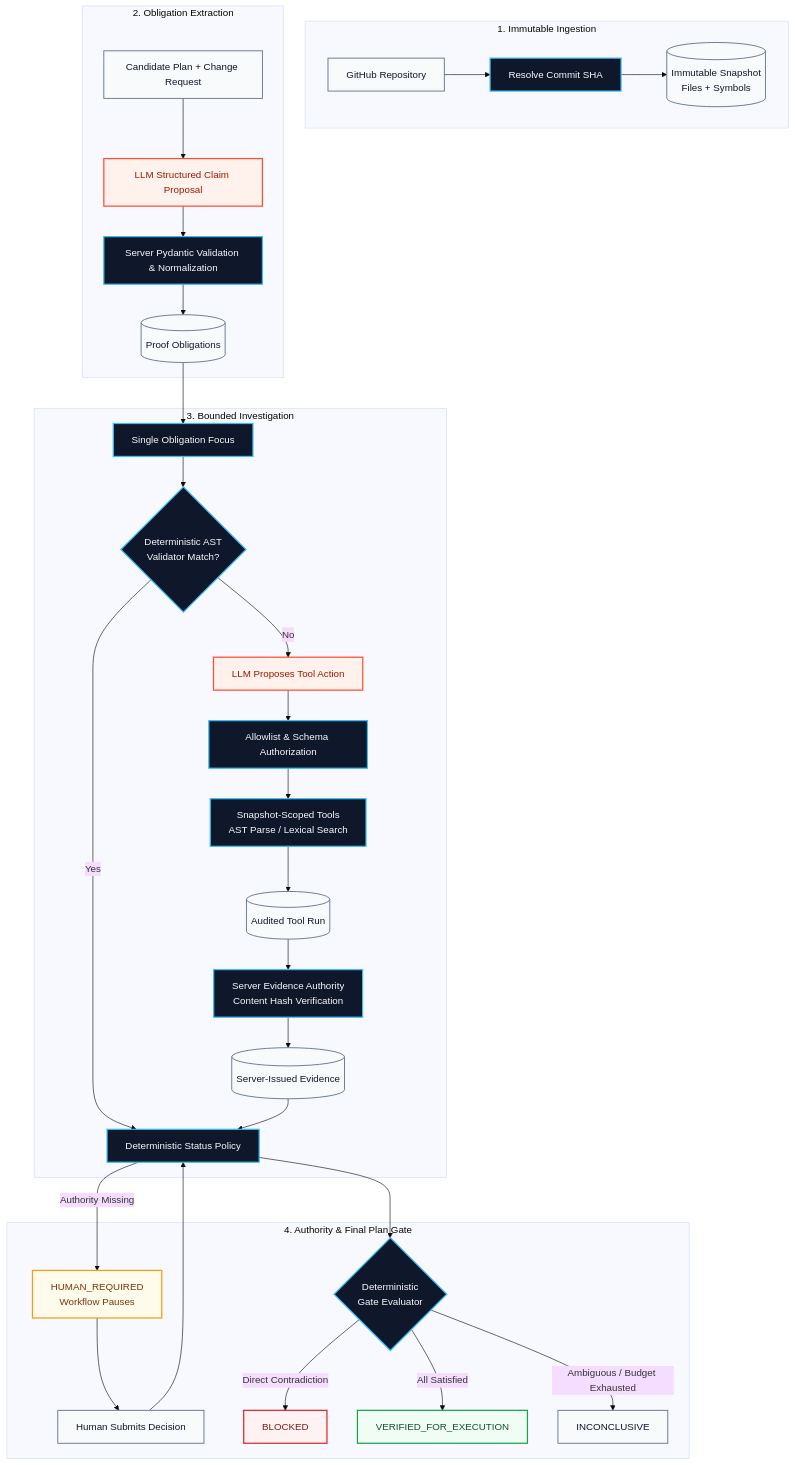
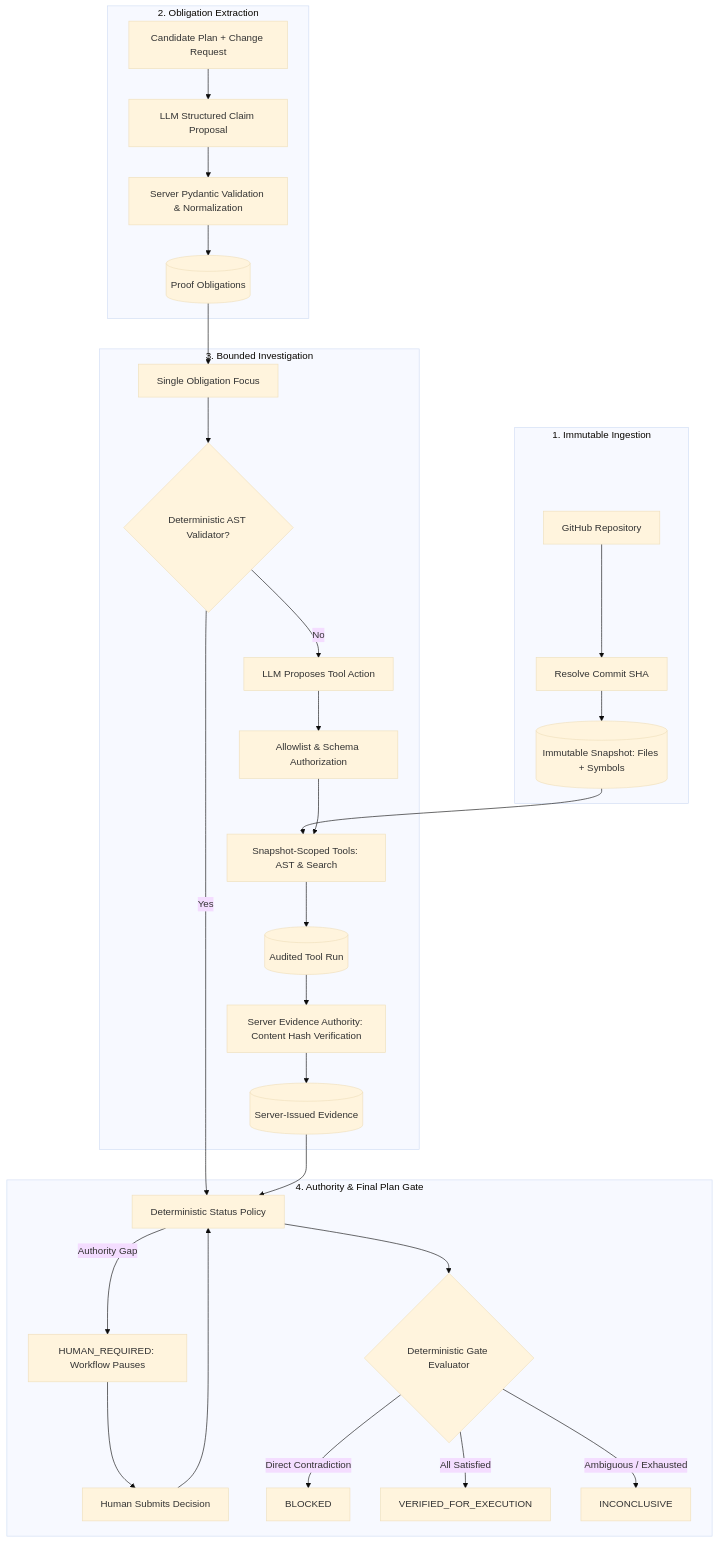
One commit to NikhilRaikwar/PlanProof changed the first of 4 diagrams in README.md. Above: the diagram before and after it, drawn with Mermaid (base theme). The commit also changed other lines of this file and 16 other files, not shown here.

Commit message:
fix(ci): add playwright browser install, ruff formatting, and robust mermaid diagrams

````diff
--- a/README.md
+++ b/README.md
@@ -120,43 +120,37 @@
 ```mermaid
 flowchart TD
-  classDef modelNode fill:#FFF1EB,stroke:#FF4D2E,stroke-width:2px,color:#9A1C00;
-  classDef authNode fill:#0F172A,stroke:#38BDF8,stroke-width:2px,color:#F8FAFC;
-  classDef storeNode fill:#F8FAFC,stroke:#64748B,stroke-width:1.5px,color:#0F172A;
-  classDef verifiedNode fill:#F0FDF4,stroke:#16A34A,stroke-width:2px,color:#14532D;
-  classDef blockedNode fill:#FEF2F2,stroke:#DC2626,stroke-width:2px,color:#7F1D1D;
-  classDef humanNode fill:#FFFBEB,stroke:#F59E0B,stroke-width:2px,color:#78350F;
-
   subgraph Ingestion["1. Immutable Ingestion"]
-    Repo[GitHub Repository]:::storeNode --> SHA[Resolve Commit SHA]:::authNode
-    SHA --> Snapshot[(Immutable Snapshot<br/>Files + Symbols)]:::storeNode
+    Repo[GitHub Repository] --> SHA[Resolve Commit SHA]
+    SHA --> Snapshot[(Immutable Snapshot: Files + Symbols)]
   end
 
   subgraph Extraction["2. Obligation Extraction"]
-    Plan[Candidate Plan + Change Request]:::storeNode --> LLMExtract[LLM Structured Claim Proposal]:::modelNode
-    LLMExtract --> ValidateObligations[Server Pydantic Validation & Normalization]:::authNode
-    ValidateObligations --> Obligations[(Proof Obligations)]:::storeNode
+    Plan[Candidate Plan + Change Request] --> LLMExtract[LLM Structured Claim Proposal]
+    LLMExtract --> ValidateObligations[Server Pydantic Validation & Normalization]
+    ValidateObligations --> Obligations[(Proof Obligations)]
   end
 
   subgraph Investigation["3. Bounded Investigation"]
-    Obligations --> ObligationLoop[Single Obligation Focus]:::authNode
-    ObligationLoop --> FastValidators{Deterministic AST<br/>Validator Match?}:::authNode
-    FastValidators -- Yes --> PolicyCheck[Deterministic Status Policy]:::authNode
-    FastValidators -- No --> LLMToolSelect[LLM Proposes Tool Action]:::modelNode
-    LLMToolSelect --> ToolAllowlist[Allowlist & Schema Authorization]:::authNode
-    ToolAllowlist --> RepTools[Snapshot-Scoped Tools<br/>AST Parse / Lexical Search]:::authNode
-    RepTools --> ToolRun[(Audited Tool Run)]:::storeNode
-    ToolRun --> EvidenceIssuer[Server Evidence Authority<br/>Content Hash Verification]:::authNode
-    EvidenceIssuer --> Evidence[(Server-Issued Evidence)]:::storeNode
-    Evidence --> PolicyCheck
+    Snapshot --> RepTools[Snapshot-Scoped Tools: AST & Search]
+    Obligations --> ObligationLoop[Single Obligation Focus]
+    ObligationLoop --> FastValidators{Deterministic AST Validator?}
+    FastValidators -->|No| LLMToolSelect[LLM Proposes Tool Action]
+    LLMToolSelect --> ToolAllowlist[Allowlist & Schema Authorization]
+    ToolAllowlist --> RepTools
+    RepTools --> ToolRun[(Audited Tool Run)]
+    ToolRun --> EvidenceIssuer[Server Evidence Authority: Content Hash Verification]
+    EvidenceIssuer --> Evidence[(Server-Issued Evidence)]
   end
 
   subgraph AuthorityGate["4. Authority & Final Plan Gate"]
-    PolicyCheck -- Authority Missing --> HumanWait[HUMAN_REQUIRED<br/>Workflow Pauses]:::humanNode
-    HumanWait --> HumanInput[Human Submits Decision]:::storeNode
+    FastValidators -->|Yes| PolicyCheck[Deterministic Status Policy]
+    Evidence --> PolicyCheck
+    PolicyCheck -->|Authority Gap| HumanWait[HUMAN_REQUIRED: Workflow Pauses]
+    HumanWait --> HumanInput[Human Submits Decision]
     HumanInput --> PolicyCheck
-    PolicyCheck --> FinalGate{Deterministic<br/>Gate Evaluator}:::authNode
-    FinalGate -- Direct Contradiction --> Blocked[BLOCKED]:::blockedNode
-    FinalGate -- All Satisfied --> Verified[VERIFIED_FOR_EXECUTION]:::verifiedNode
-    FinalGate -- Ambiguous / Budget Exhausted --> Inconclusive[INCONCLUSIVE]:::storeNode
+    PolicyCheck --> FinalGate{Deterministic Gate Evaluator}
+    FinalGate -->|Direct Contradiction| Blocked[BLOCKED]
+    FinalGate -->|All Satisfied| Verified[VERIFIED_FOR_EXECUTION]
+    FinalGate -->|Ambiguous / Exhausted| Inconclusive[INCONCLUSIVE]
   end
 ```
````
